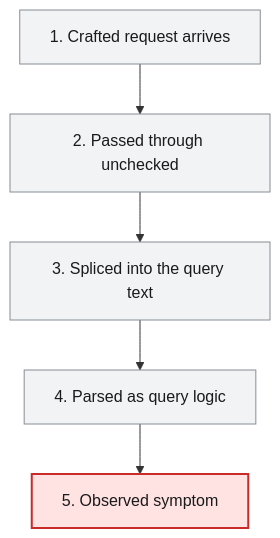
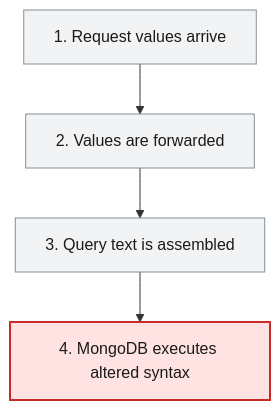
The second of 3 diagrams in docs/agent_output/02-root-cause/root_cause_ISSUE-003.md (Udaradg/sample-java-project), drawn with Mermaid before and after one commit. The commit also changed other lines of this file and 52 other files, not shown here.

````diff
--- a/docs/agent_output/02-root-cause/root_cause_ISSUE-003.md
+++ b/docs/agent_output/02-root-cause/root_cause_ISSUE-003.md
@@ -104,16 +85,14 @@
 ```mermaid
 flowchart TD
   classDef broken fill:#ffe3e3,stroke:#c92a2a,stroke-width:2px,color:#1a1a1a
   classDef warn fill:#fff3bf,stroke:#e8590c,stroke-width:2px,color:#1a1a1a
   classDef ok fill:#e6fcf5,stroke:#2f9e44,stroke-width:1px,color:#1a1a1a
   classDef neutral fill:#f1f3f5,stroke:#868e96,stroke-width:1px,color:#1a1a1a
-  S0["1. Crafted request arrives"]:::neutral
-  S1["2. Passed through unchecked"]:::neutral
+  S0["1. Request values arrive"]:::neutral
+  S1["2. Values are forwarded"]:::neutral
   S0 --> S1
-  S2["3. Spliced into the query text"]:::neutral
+  S2["3. Query text is assembled"]:::neutral
   S1 --> S2
-  S3["4. Parsed as query logic"]:::neutral
+  S3["4. MongoDB executes altered syntax"]:::broken
   S2 --> S3
-  S4["5. Observed symptom"]:::broken
-  S3 --> S4
 ```
````
